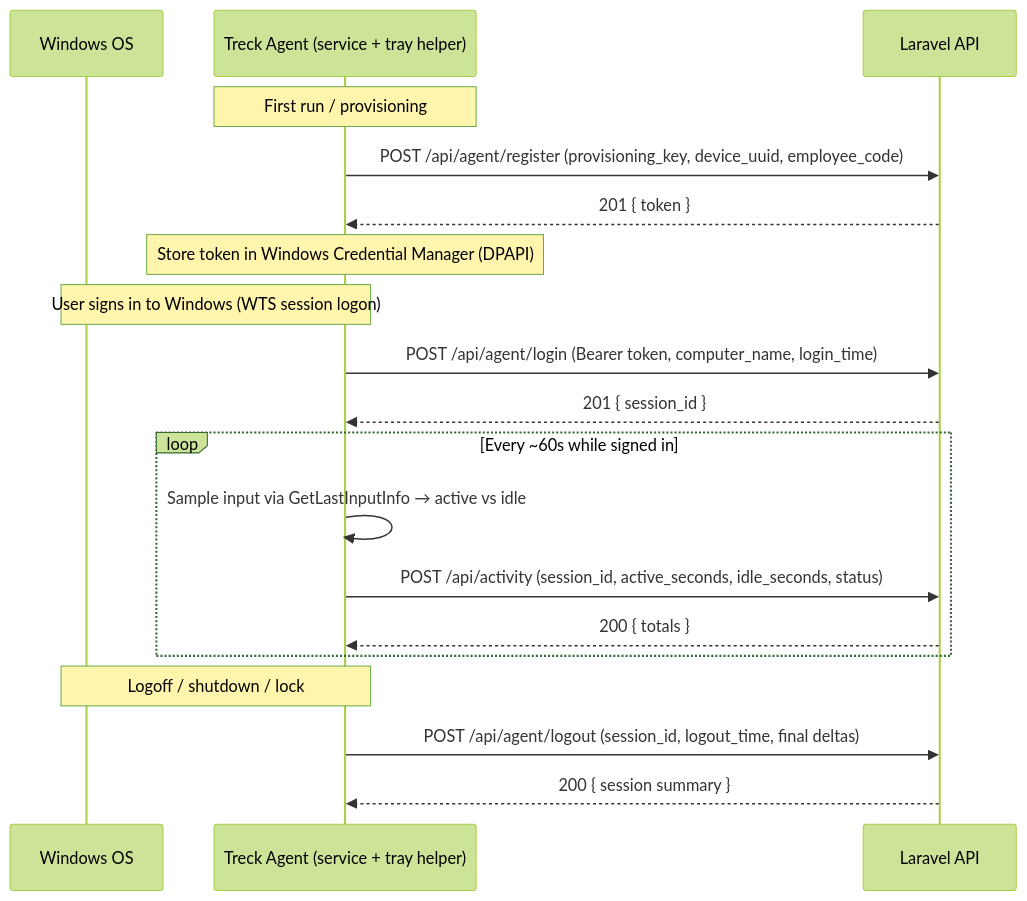
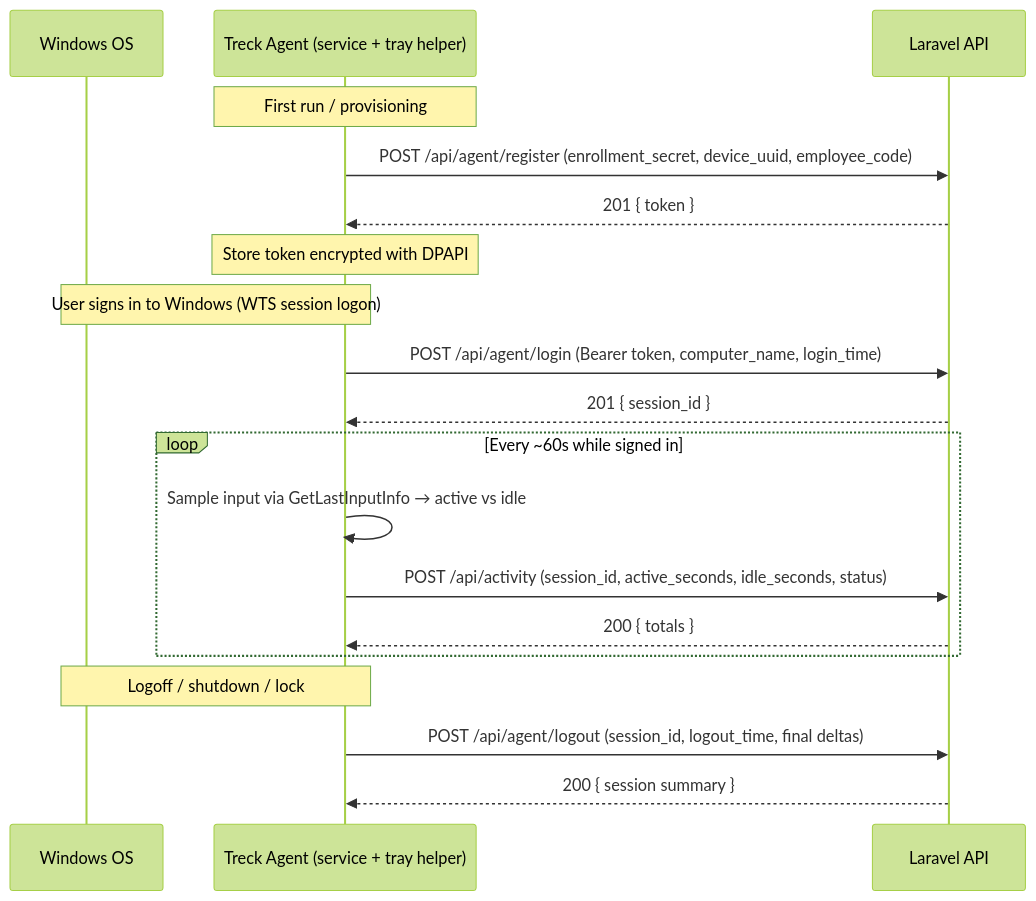
Before and after one commit to techmatterglobals/treck: the diagram in docs/13-agent-api.md, drawn with Mermaid (forest theme). The commit also changed other lines of this file and 10 other files, not shown here.

Commit message:
fix: preserve mutex ownership during agent enrollment

````diff
--- a/docs/13-agent-api.md
+++ b/docs/13-agent-api.md
@@ -322,25 +322,25 @@
 ```mermaid
 sequenceDiagram
     participant OS as Windows OS
     participant Agent as Treck Agent (service + tray helper)
     participant API as Laravel API
 
     Note over Agent: First run / provisioning
-    Agent->>API: POST /api/agent/register (provisioning_key, device_uuid, employee_code)
+    Agent->>API: POST /api/agent/register (enrollment_secret, device_uuid, employee_code)
     API-->>Agent: 201 { token }
-    Note over Agent: Store token in Windows Credential Manager (DPAPI)
+    Note over Agent: Store token encrypted with DPAPI
 
     Note over OS,Agent: User signs in to Windows (WTS session logon)
     Agent->>API: POST /api/agent/login (Bearer token, computer_name, login_time)
     API-->>Agent: 201 { session_id }
 
     loop Every ~60s while signed in
         Agent->>Agent: Sample input via GetLastInputInfo → active vs idle
         Agent->>API: POST /api/activity (session_id, active_seconds, idle_seconds, status)
         API-->>Agent: 200 { totals }
     end
 
     Note over OS,Agent: Logoff / shutdown / lock
     Agent->>API: POST /api/agent/logout (session_id, logout_time, final deltas)
     API-->>Agent: 200 { session summary }
 ```
````
